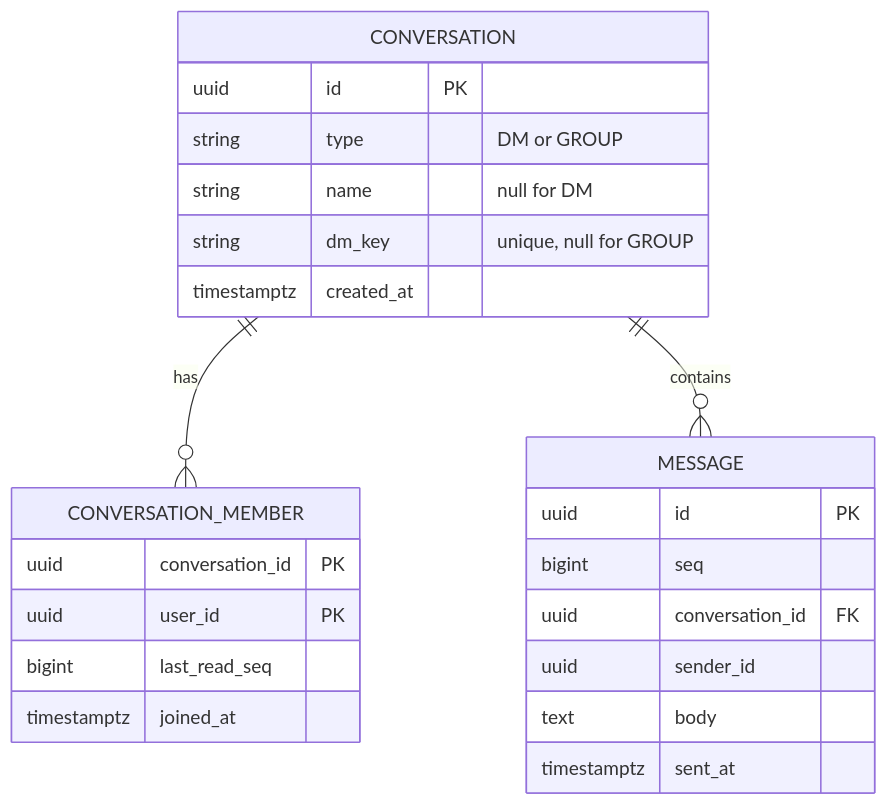
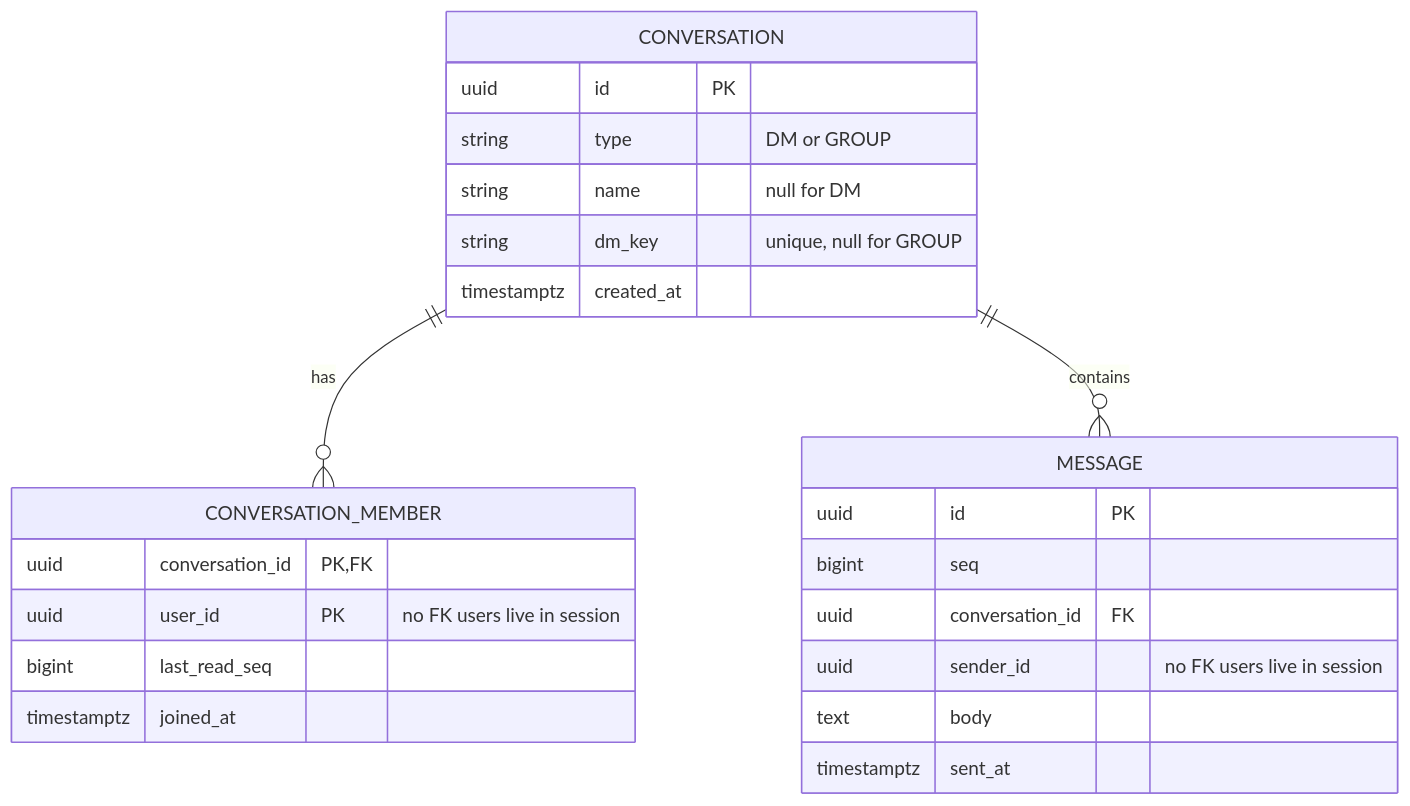
Before and after one commit to Claudiordev/Yapster: the first of 2 diagrams in chat/src/main/resources/documentation/relations.md, drawn with Mermaid. The commit also changed 20 other files, not shown here.

````diff
--- a/chat/src/main/resources/documentation/relations.md
+++ b/chat/src/main/resources/documentation/relations.md
@@ -4,29 +4,29 @@
 ```mermaid
 erDiagram
     CONVERSATION ||--o{ CONVERSATION_MEMBER : has
     CONVERSATION ||--o{ MESSAGE : contains
 
     CONVERSATION {
         uuid id PK
         string type "DM or GROUP"
         string name "null for DM"
         string dm_key "unique, null for GROUP"
         timestamptz created_at
     }
 
     CONVERSATION_MEMBER {
-        uuid conversation_id PK
-        uuid user_id PK
+        uuid conversation_id PK,FK
+        uuid user_id PK "no FK users live in session"
         bigint last_read_seq
         timestamptz joined_at
     }
 
     MESSAGE {
         uuid id PK
         bigint seq
         uuid conversation_id FK
-        uuid sender_id
+        uuid sender_id "no FK users live in session"
         text body
         timestamptz sent_at
     }
 ```
````
